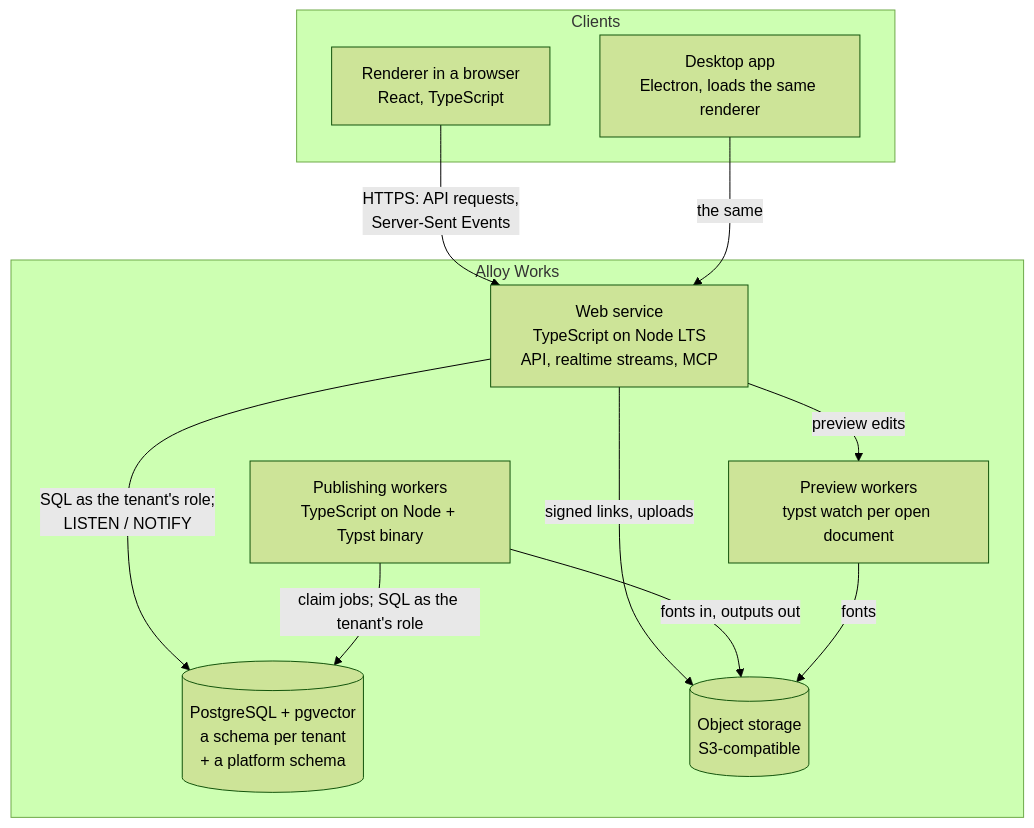
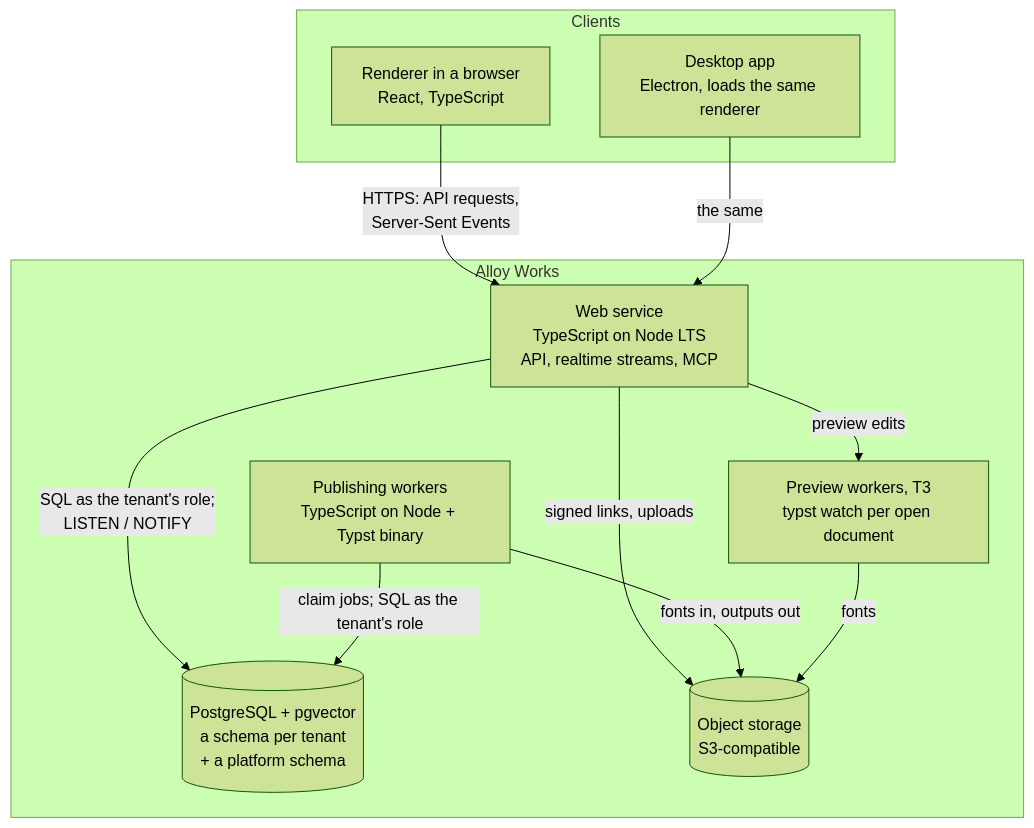
The second of 4 diagrams in docs/design/system.md (kenhayward/alloy-works), drawn with Mermaid (forest theme) before and after one commit. The commit also changed other lines of this file and 15 other files, not shown here.

````diff
--- a/docs/design/system.md
+++ b/docs/design/system.md
@@ -57,24 +57,24 @@
 ```mermaid
 flowchart TB
     subgraph clients["Clients"]
         browser["Renderer in a browser<br/>React, TypeScript"]
         desktop["Desktop app<br/>Electron, loads the same renderer"]
     end
 
     subgraph platform["Alloy Works"]
         service["Web service<br/>TypeScript on Node LTS<br/>API, realtime streams, MCP"]
         workers["Publishing workers<br/>TypeScript on Node + Typst binary"]
-        preview["Preview workers<br/>typst watch per open document"]
+        preview["Preview workers, T3<br/>typst watch per open document"]
         db[("PostgreSQL + pgvector<br/>a schema per tenant<br/>+ a platform schema")]
         objects[("Object storage<br/>S3-compatible")]
     end
 
     browser -- "HTTPS: API requests,<br/>Server-Sent Events" --> service
     desktop -- "the same" --> service
     service -- "SQL as the tenant's role;<br/>LISTEN / NOTIFY" --> db
     service -- "signed links, uploads" --> objects
     service -- "preview edits" --> preview
     workers -- "claim jobs; SQL as the tenant's role" --> db
     workers -- "fonts in, outputs out" --> objects
     preview -- "fonts" --> objects
 ```
````
